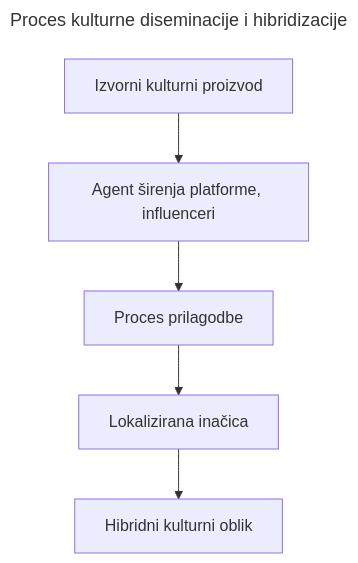
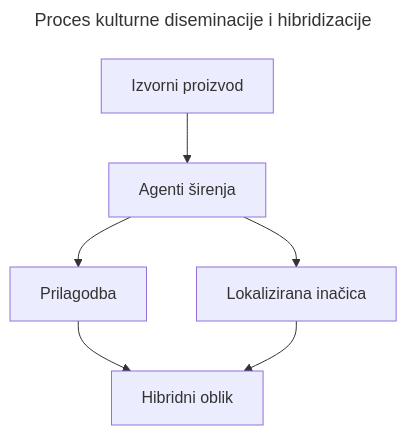
Before and after one commit to bperak/komunikacija_u_doba_ai: the diagram in docs/diagrams/ch02_diseminacija.mmd, drawn with Mermaid. The commit also changed 1008 other files, not shown here.

Commit message:
Finalize book layout, diagrams, and manuscript cleanup

```diff
--- a/docs/diagrams/ch02_diseminacija.mmd
+++ b/docs/diagrams/ch02_diseminacija.mmd
@@ -1,8 +1,9 @@
 ---
 title: Proces kulturne diseminacije i hibridizacije
 ---
 flowchart TD
-A[Izvorni kulturni proizvod] --> B[Agent širenja platforme, influenceri]
-B --> C[Proces prilagodbe]
-C --> D[Lokalizirana inačica]
-D --> E[Hibridni kulturni oblik]
+A[Izvorni proizvod] --> B[Agenti širenja]
+B --> C[Prilagodba]
+B --> D[Lokalizirana inačica]
+C --> E[Hibridni oblik]
+D --> E
```
